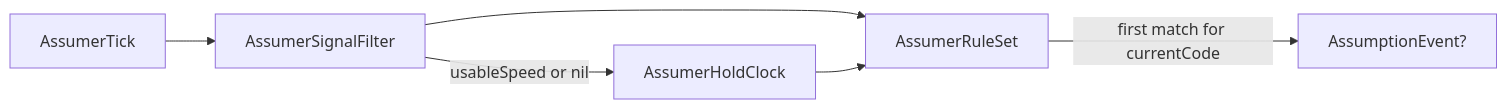
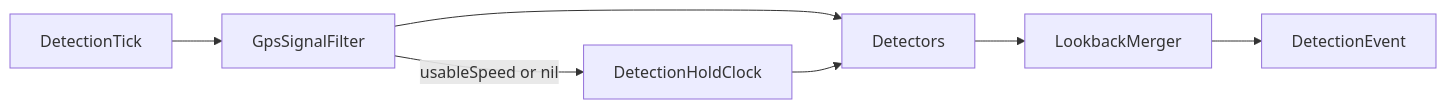
The second of 3 diagrams in WakeTrackerCore/DESIGN.md (DCSBL/rppl), drawn with Mermaid before and after one commit. The commit also changed other lines of this file and 35 other files, not shown here.

First line of the commit message:
feat(core): replace Assumer with ride/pause DetectionEngine

````diff
--- a/WakeTrackerCore/DESIGN.md
+++ b/WakeTrackerCore/DESIGN.md
@@ -77,13 +67,15 @@
 ```mermaid
 flowchart LR
-  tick[AssumerTick]
-  filter[AssumerSignalFilter]
-  holds[AssumerHoldClock]
-  rules[AssumerRuleSet]
-  event[AssumptionEvent?]
+  tick[DetectionTick]
+  filter[GpsSignalFilter]
+  holds[DetectionHoldClock]
+  dets[Detectors]
+  merge[LookbackMerger]
+  event[DetectionEvent]
   tick --> filter
   filter -->|usableSpeed or nil| holds
-  filter --> rules
-  holds --> rules
-  rules -->|first match for currentCode| event
+  filter --> dets
+  holds --> dets
+  dets --> merge
+  merge --> event
 ```
````
